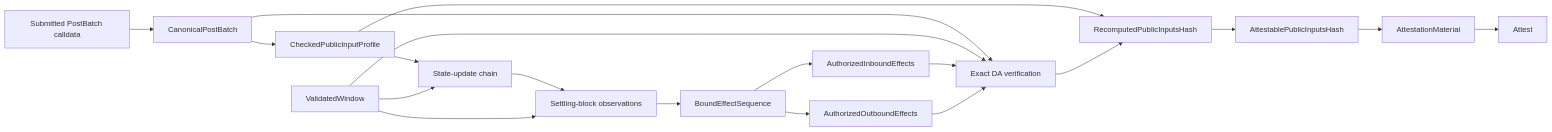
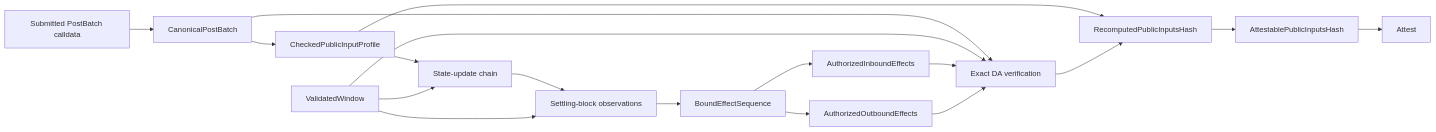
Before and after one commit to eez-association/eez-rollup0: the diagram in crates/eez-proof-signer/docs/settlement-pipeline.md, drawn with Mermaid. The commit also changed other lines of this file and 3 other files, not shown here.

````diff
--- a/crates/eez-proof-signer/docs/settlement-pipeline.md
+++ b/crates/eez-proof-signer/docs/settlement-pipeline.md
@@ -24,21 +24,20 @@
 ```mermaid
 flowchart LR
     PB[Submitted PostBatch calldata] --> DEC[CanonicalPostBatch]
     DEC --> PI[CheckedPublicInputProfile]
     PI --> STATE[State-update chain]
     VW[ValidatedWindow] --> STATE
     STATE --> BLOCKS[Settling-block observations]
     VW --> BLOCKS
     BLOCKS --> PREFIX[BoundEffectSequence]
     PREFIX --> IN[AuthorizedInboundEffects]
     PREFIX --> OUT[AuthorizedOutboundEffects]
     DEC --> DA[Exact DA verification]
     VW --> DA
     IN --> DA
     OUT --> DA
     PI --> HASH[RecomputedPublicInputsHash]
     DA --> HASH
     HASH --> AUTH[AttestablePublicInputsHash]
-    AUTH --> MATERIAL[AttestationMaterial]
-    MATERIAL --> SIGN[Attest]
+    AUTH --> SIGN[Attest]
 ```
````
